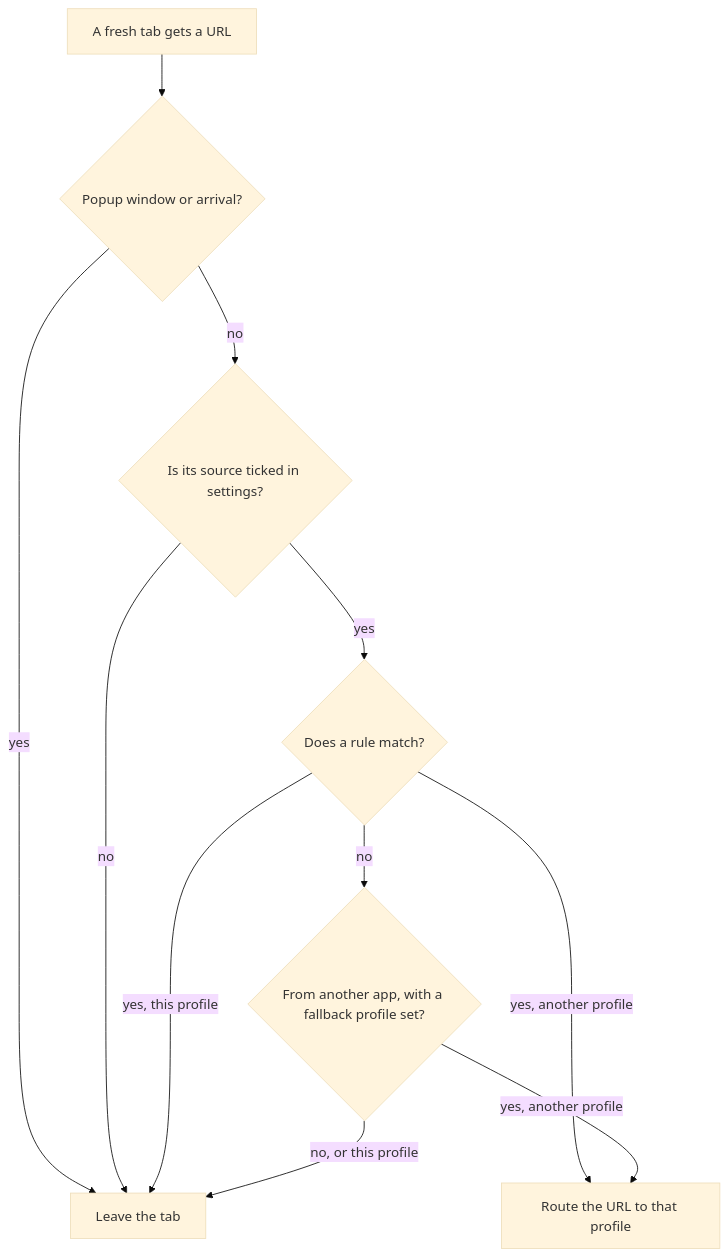
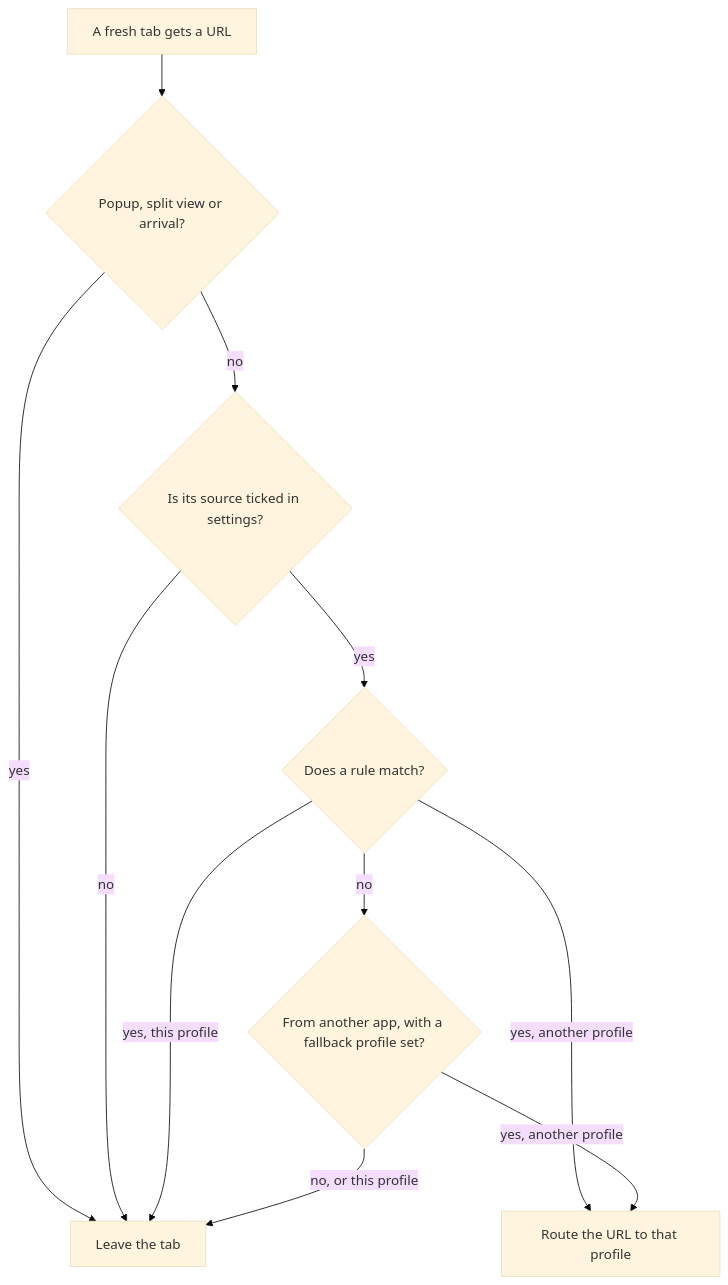
The second of 4 diagrams in docs/link-routing-design.md (afrojun/profilebar), drawn with Mermaid (base theme) before and after one commit. The commit also changed other lines of this file and 2 other files, not shown here.

First line of the commit message:
Keep reopened tabs and split-view links in their profile

````diff
--- a/docs/link-routing-design.md
+++ b/docs/link-routing-design.md
@@ -52,13 +52,13 @@
 ```mermaid
 flowchart TD
-  N["A fresh tab gets a URL"] --> P{"Popup window or arrival?"}
+  N["A fresh tab gets a URL"] --> P{"Popup, split view or arrival?"}
   P -->|"yes"| Stay["Leave the tab"]
   P -->|"no"| E{"Is its source ticked in settings?"}
   E -->|"no"| Stay
   E -->|"yes"| R{"Does a rule match?"}
   R -->|"yes, another profile"| Route["Route the URL to that profile"]
   R -->|"yes, this profile"| Stay
   R -->|"no"| F{"From another app, with a fallback profile set?"}
   F -->|"yes, another profile"| Route
   F -->|"no, or this profile"| Stay
 ```
````
